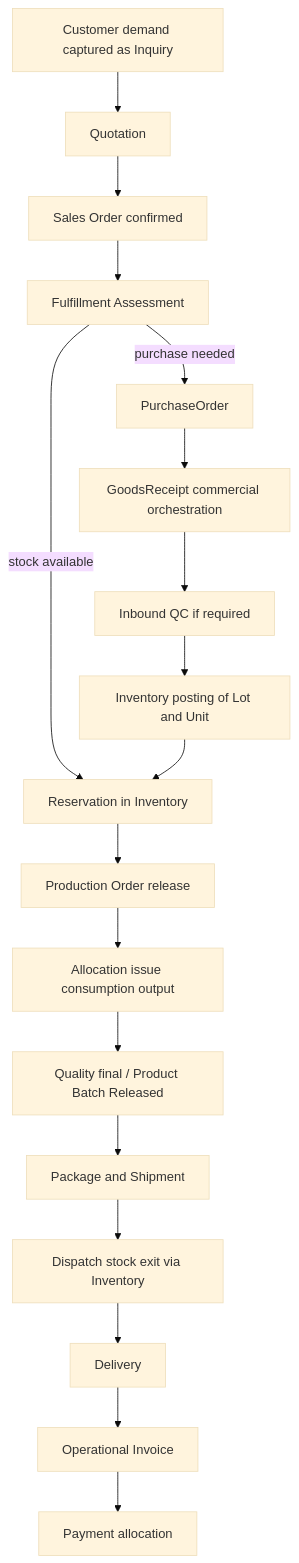
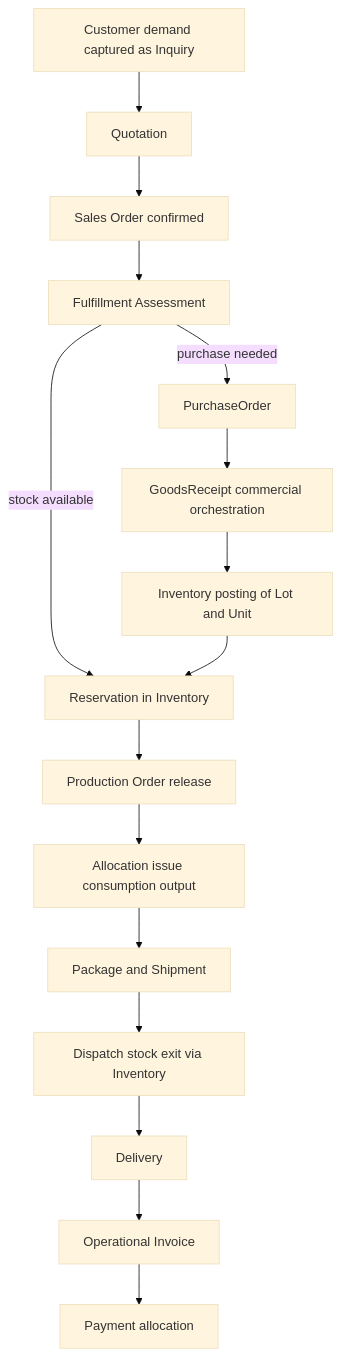
One commit to sohrab-phd/ERP changed the first of 5 diagrams in docs/02-domain-business-architecture/PROCESS_MAPS_AS_IS_TO_BE.md. Above: the diagram before and after it, drawn with Mermaid (base theme). The commit also changed other lines of this file and 40 other files, not shown here.

````diff
--- a/docs/02-domain-business-architecture/PROCESS_MAPS_AS_IS_TO_BE.md
+++ b/docs/02-domain-business-architecture/PROCESS_MAPS_AS_IS_TO_BE.md
@@ -197,20 +199,18 @@
 ```mermaid
 flowchart TD
   A[Customer demand captured as Inquiry] --> B[Quotation]
   B --> C[Sales Order confirmed]
   C --> D[Fulfillment Assessment]
   D -->|stock available| E[Reservation in Inventory]
   D -->|purchase needed| F[PurchaseOrder]
   F --> G[GoodsReceipt commercial orchestration]
-  G --> H[Inbound QC if required]
-  H --> I[Inventory posting of Lot and Unit]
+  G --> I[Inventory posting of Lot and Unit]
   I --> E
   E --> J[Production Order release]
   J --> K[Allocation issue consumption output]
-  K --> L[Quality final / Product Batch Released]
-  L --> M[Package and Shipment]
+  K --> M[Package and Shipment]
   M --> N[Dispatch stock exit via Inventory]
   N --> O[Delivery]
   O --> P[Operational Invoice]
   P --> Q[Payment allocation]
 ```
````
